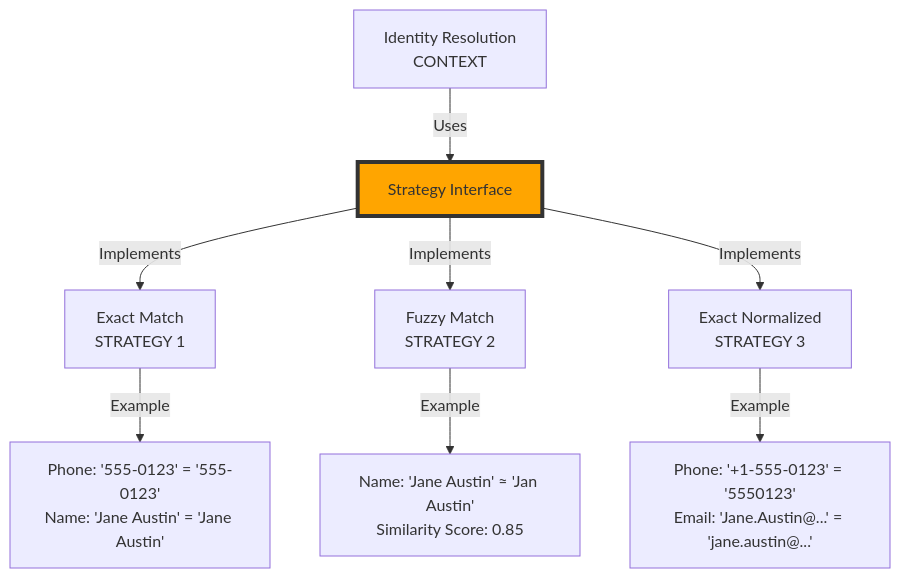
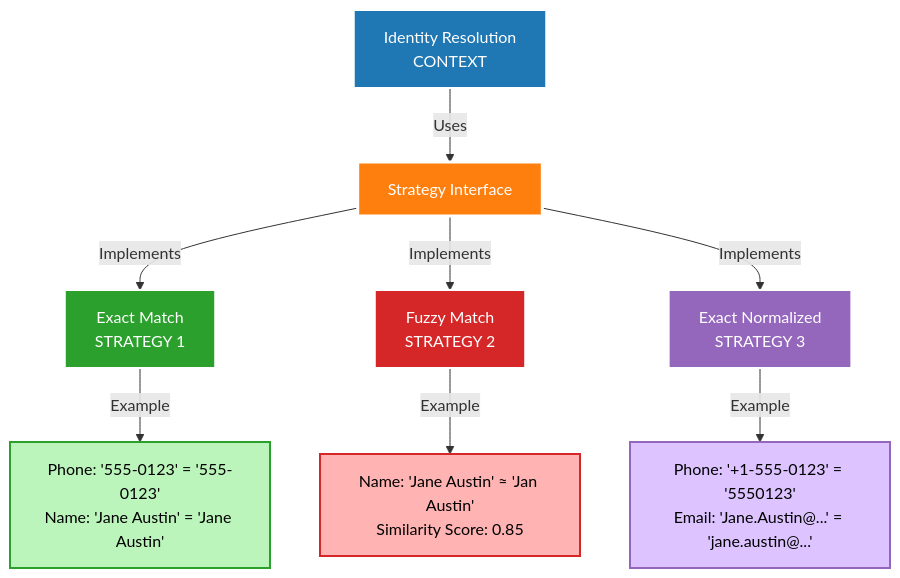
Before and after one commit to arupsarkar-sfdc/Misc: the ninth of 20 diagrams in README_DataCloud_Patterns_Data_Examples.md, drawn with Mermaid. The commit also changed other lines of this file and 1 other file, not shown here.

````diff
--- a/README_DataCloud_Patterns_Data_Examples.md
+++ b/README_DataCloud_Patterns_Data_Examples.md
@@ -803,14 +1897,21 @@
 ```mermaid
 graph TB
     Context[Identity Resolution<br/>CONTEXT] -->|Uses| Strategy[Strategy Interface]
     
     Strategy -->|Implements| Exact[Exact Match<br/>STRATEGY 1]
     Strategy -->|Implements| Fuzzy[Fuzzy Match<br/>STRATEGY 2]
     Strategy -->|Implements| Normalized[Exact Normalized<br/>STRATEGY 3]
     
     Exact -->|Example| E1["Phone: '555-0123' = '555-0123'<br/>Name: 'Jane Austin' = 'Jane Austin'"]
     Fuzzy -->|Example| F1["Name: 'Jane Austin' ≈ 'Jan Austin'<br/>Similarity Score: 0.85"]
     Normalized -->|Example| N1["Phone: '+1-555-0123' = '5550123'<br/>Email: 'Jane.Austin@...' = 'jane.austin@...'"]
     
-    style Strategy fill:#FFA500,stroke:#333,stroke-width:4px
+    style Context fill:#1f77b4,stroke:#ffffff,stroke-width:2px,color:#ffffff
+    style Strategy fill:#ff7f0e,stroke:#ffffff,stroke-width:3px,color:#ffffff
+    style Exact fill:#2ca02c,stroke:#ffffff,stroke-width:2px,color:#ffffff
+    style Fuzzy fill:#d62728,stroke:#ffffff,stroke-width:2px,color:#ffffff
+    style Normalized fill:#9467bd,stroke:#ffffff,stroke-width:2px,color:#ffffff
+    style E1 fill:#bcf5bc,stroke:#2ca02c,stroke-width:2px,color:#000000
+    style F1 fill:#ffb3b3,stroke:#d62728,stroke-width:2px,color:#000000
+    style N1 fill:#ddc3ff,stroke:#9467bd,stroke-width:2px,color:#000000
 ```
````
